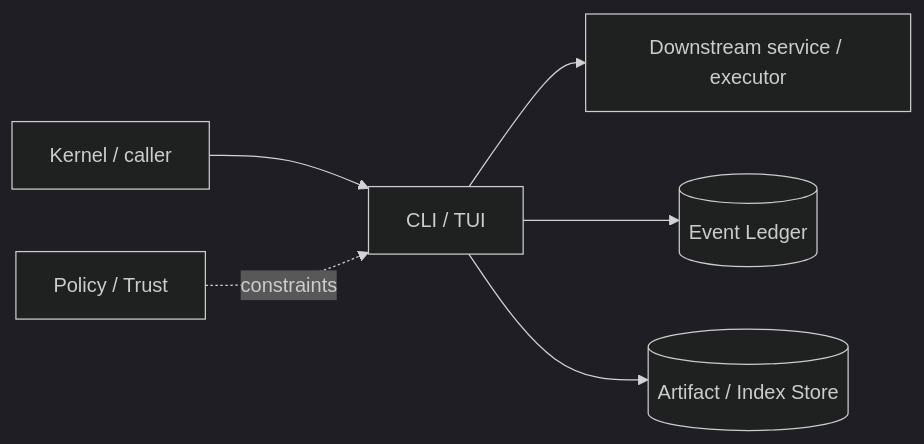
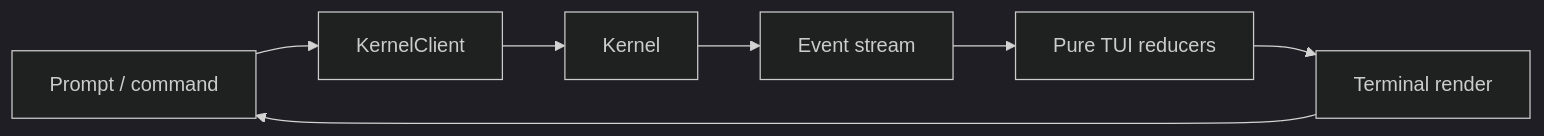
One commit to moss101/Rapidlm_CLI changed the diagram in docs/architecture/cli-tui.md. Above: the diagram before and after it, drawn with Mermaid (dark theme). The commit also changed other lines of this file and 279 other files, not shown here.

````diff
--- a/docs/architecture/cli-tui.md
+++ b/docs/architecture/cli-tui.md
@@ -27,8 +9,9 @@
 ```mermaid
 flowchart LR
-  IN[Kernel / caller] --> MOD[CLI / TUI]
-  MOD --> OUT[Downstream service / executor]
-  MOD --> LEDGER[(Event Ledger)]
-  MOD --> ART[(Artifact / Index Store)]
-  POLICY[Policy / Trust] -. constraints .-> MOD
+  Input[Prompt / command] --> KC[KernelClient]
+  KC --> K[Kernel]
+  K --> ES[Event stream]
+  ES --> R[Pure TUI reducers]
+  R --> UI[Terminal render]
+  UI --> Input
 ```
````
